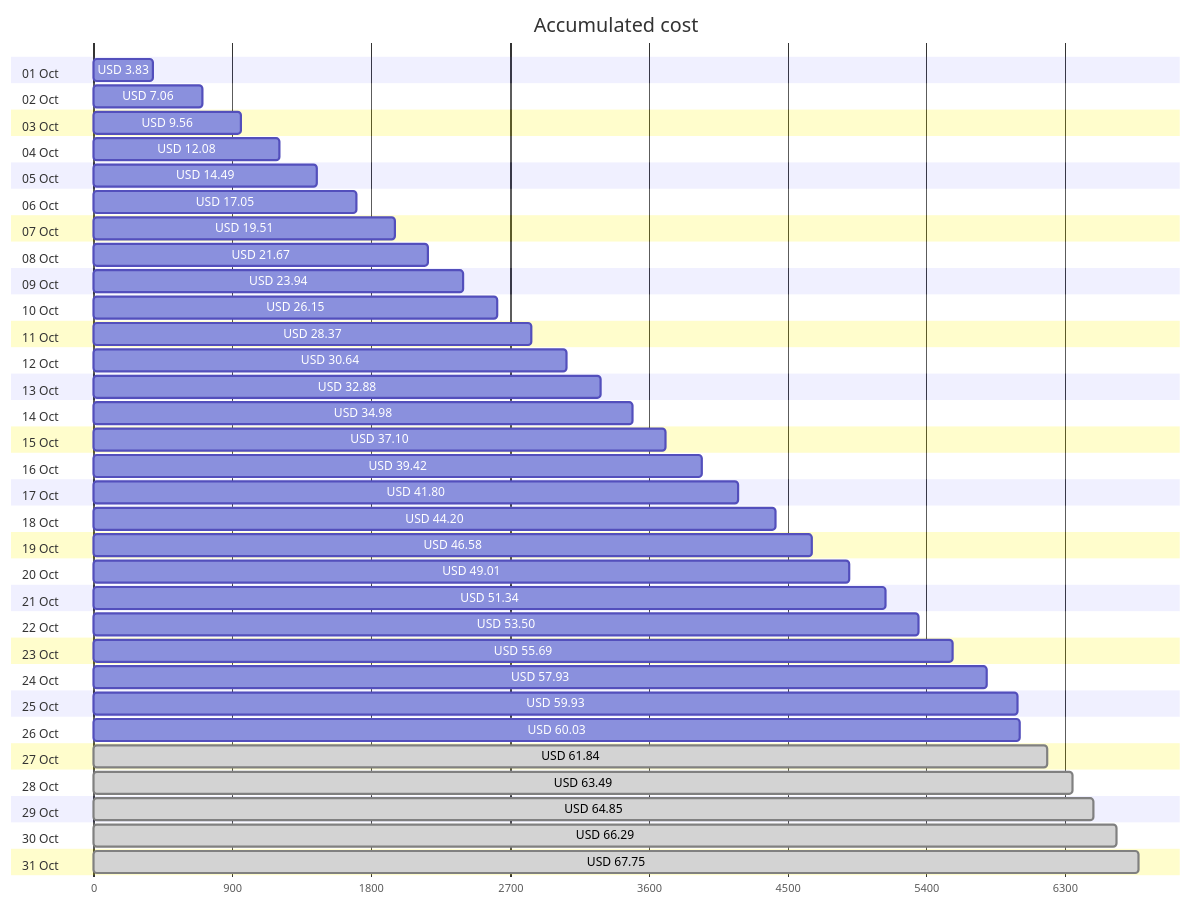
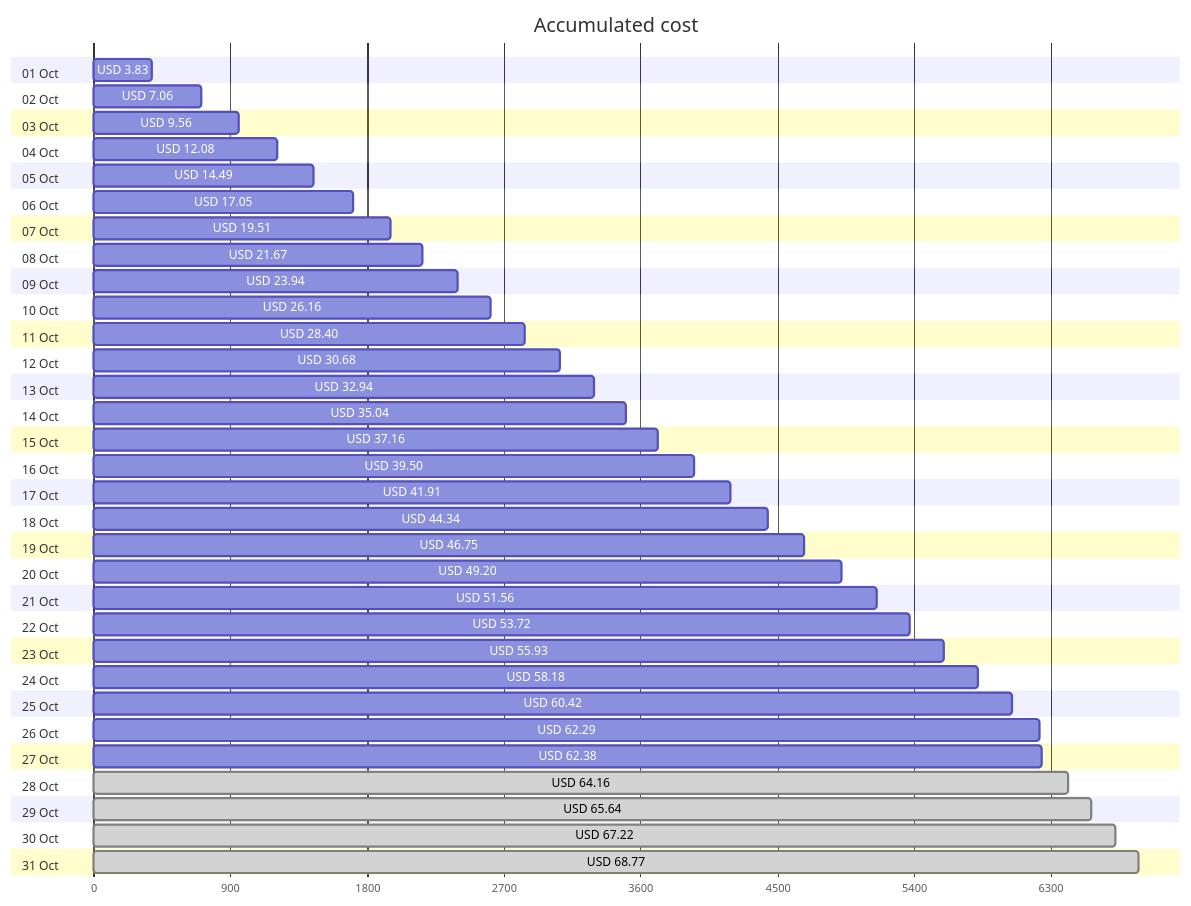
The first of 4 diagrams in cost-reports/accumulated-cost.md (jpfulton/azure-personal-reports), drawn with Mermaid before and after one commit. The commit also changed other lines of this file and 4 other files, not shown here.

````diff
--- a/cost-reports/accumulated-cost.md
+++ b/cost-reports/accumulated-cost.md
@@ -20,68 +20,68 @@
 ```mermaid
 gantt
    title Accumulated cost
    dateFormat  X
    axisFormat %s
    section 01 Oct
    USD 3.83 :0, 383
    section 02 Oct
    USD 7.06 :0, 706
    section 03 Oct
    USD 9.56 :0, 956
    section 04 Oct
    USD 12.08 :0, 1208
    section 05 Oct
    USD 14.49 :0, 1449
    section 06 Oct
    USD 17.05 :0, 1705
    section 07 Oct
    USD 19.51 :0, 1951
    section 08 Oct
    USD 21.67 :0, 2167
    section 09 Oct
    USD 23.94 :0, 2394
    section 10 Oct
-   USD 26.15 :0, 2615
+   USD 26.16 :0, 2616
    section 11 Oct
-   USD 28.37 :0, 2837
+   USD 28.40 :0, 2840
    section 12 Oct
-   USD 30.64 :0, 3064
+   USD 30.68 :0, 3068
    section 13 Oct
-   USD 32.88 :0, 3288
+   USD 32.94 :0, 3294
    section 14 Oct
-   USD 34.98 :0, 3498
+   USD 35.04 :0, 3504
    section 15 Oct
-   USD 37.10 :0, 3710
+   USD 37.16 :0, 3716
    section 16 Oct
-   USD 39.42 :0, 3942
+   USD 39.50 :0, 3950
    section 17 Oct
-   USD 41.80 :0, 4180
+   USD 41.91 :0, 4191
    section 18 Oct
-   USD 44.20 :0, 4420
+   USD 44.34 :0, 4434
    section 19 Oct
-   USD 46.58 :0, 4658
+   USD 46.75 :0, 4675
    section 20 Oct
-   USD 49.01 :0, 4901
+   USD 49.20 :0, 4920
    section 21 Oct
-   USD 51.34 :0, 5134
+   USD 51.56 :0, 5156
    section 22 Oct
-   USD 53.50 :0, 5350
+   USD 53.72 :0, 5372
    section 23 Oct
-   USD 55.69 :0, 5569
+   USD 55.93 :0, 5593
    section 24 Oct
-   USD 57.93 :0, 5793
+   USD 58.18 :0, 5818
    section 25 Oct
-   USD 59.93 :0, 5993
+   USD 60.42 :0, 6042
    section 26 Oct
-   USD 60.03 :0, 6003
+   USD 62.29 :0, 6229
    section 27 Oct
-   USD 61.84 : done, 0, 6184
+   USD 62.38 :0, 6238
    section 28 Oct
-   USD 63.49 : done, 0, 6349
+   USD 64.16 : done, 0, 6416
    section 29 Oct
-   USD 64.85 : done, 0, 6485
+   USD 65.64 : done, 0, 6564
    section 30 Oct
-   USD 66.29 : done, 0, 6629
+   USD 67.22 : done, 0, 6722
    section 31 Oct
-   USD 67.75 : done, 0, 6775
+   USD 68.77 : done, 0, 6877
 ```
````
